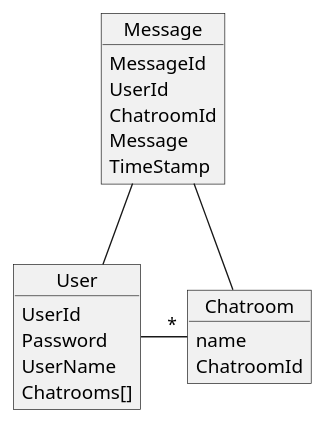
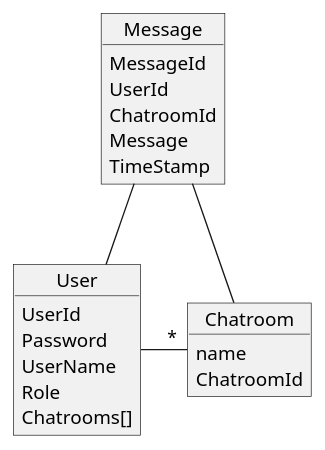
The diagram in Docs/ERD.puml (kompost/spac_uge-10), drawn with PlantUML before and after one commit.

```diff
--- a/Docs/ERD.puml
+++ b/Docs/ERD.puml
@@ -1,25 +1,26 @@
 @startuml
 object User {
     UserId
     Password
     UserName
+    Role
     Chatrooms[]
 }
 
 object Chatroom {
     name
     ChatroomId
 }
 
 object Message {
     MessageId
     UserId
     ChatroomId
     Message
     TimeStamp
 }
 
 User - "*" Chatroom
 Message -- User
 Message -- Chatroom
 @enduml
```
